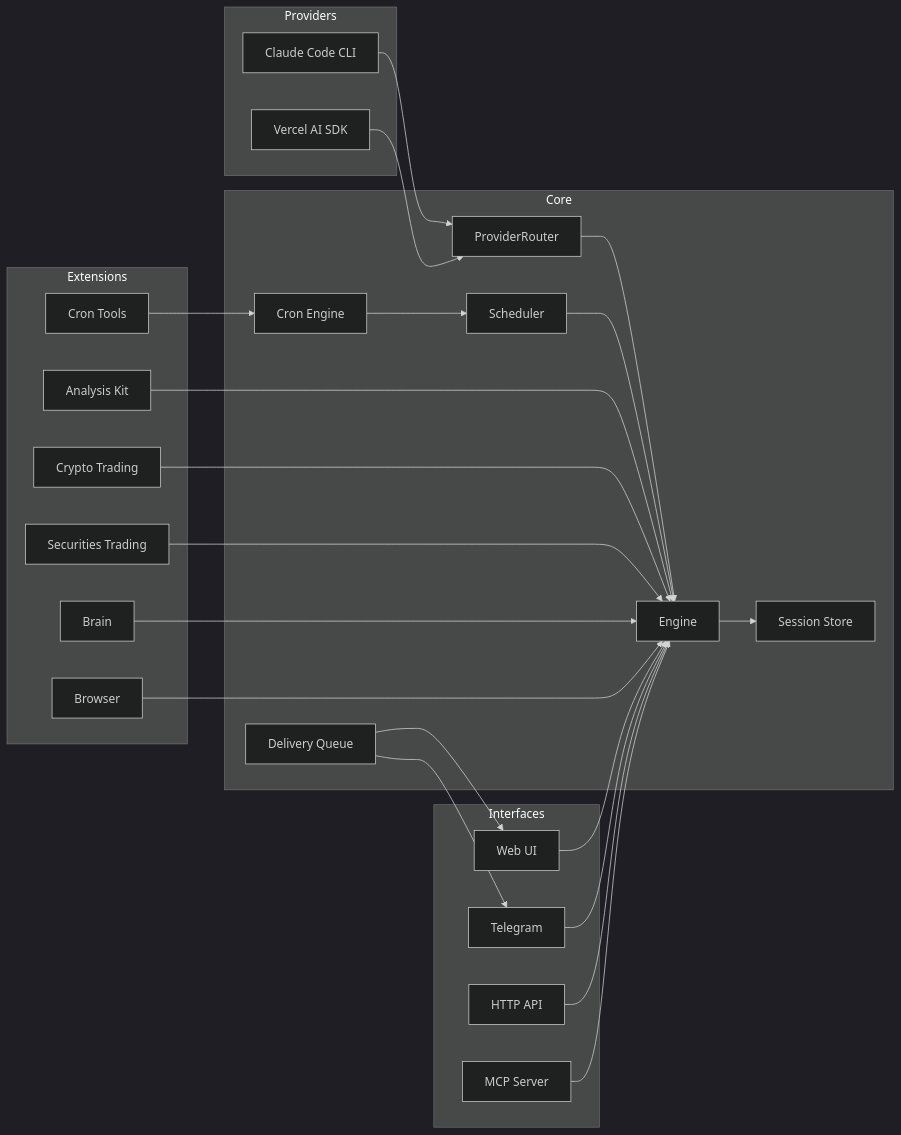
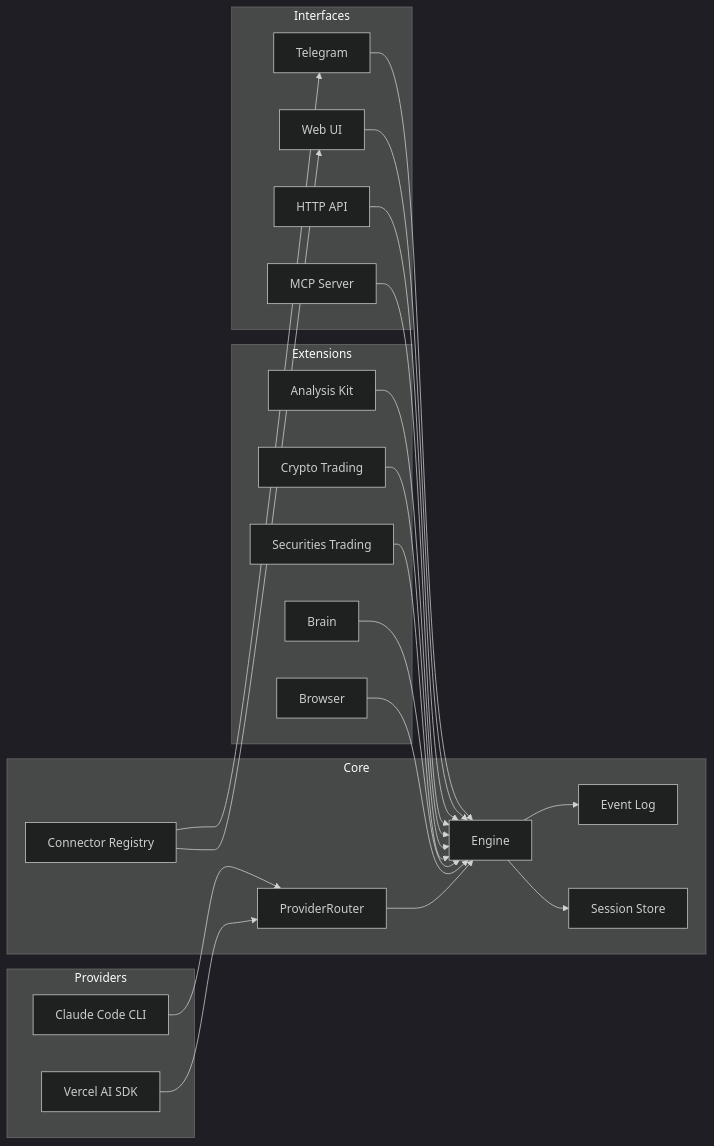
The diagram in README.md (imsatoshi/TradeClaw), drawn with Mermaid (dark theme) before and after one commit. The commit also changed other lines of this file and 1 other file, not shown here.

````diff
--- a/README.md
+++ b/README.md
@@ -29,50 +29,46 @@
 ```mermaid
 graph LR
   subgraph Providers
     CC[Claude Code CLI]
     VS[Vercel AI SDK]
   end
 
   subgraph Core
     PR[ProviderRouter]
     E[Engine]
     S[Session Store]
-    SC[Scheduler]
-    CRN[Cron Engine]
-    DQ[Delivery Queue]
+    EL[Event Log]
+    CR[Connector Registry]
   end
 
   subgraph Extensions
     AK[Analysis Kit]
     CT[Crypto Trading]
     ST[Securities Trading]
     BR[Brain]
     BW[Browser]
-    CR[Cron Tools]
   end
 
   subgraph Interfaces
     WEB[Web UI]
     TG[Telegram]
     HTTP[HTTP API]
     MCP[MCP Server]
   end
 
   CC --> PR
   VS --> PR
   PR --> E
   E --> S
-  SC --> E
-  CRN --> SC
-  DQ --> WEB & TG
+  E --> EL
+  CR --> WEB & TG
   AK --> E
   CT --> E
   ST --> E
   BR --> E
   BW --> E
-  CR --> CRN
   WEB --> E
   TG --> E
   HTTP --> E
   MCP --> E
 ```
````
